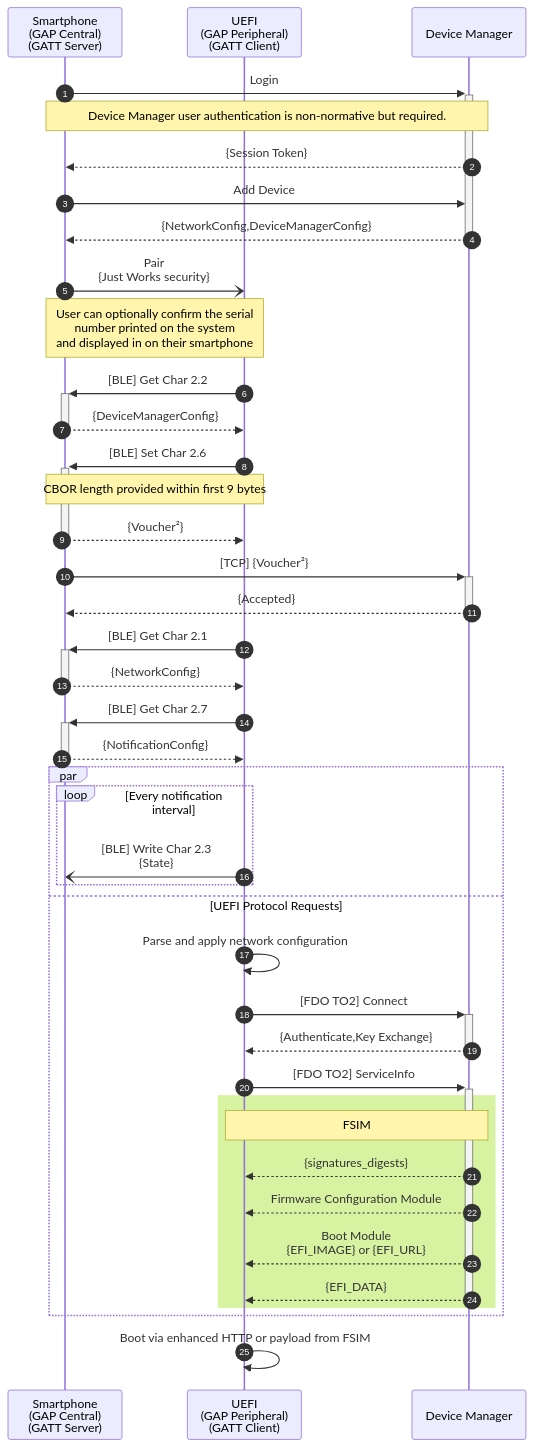
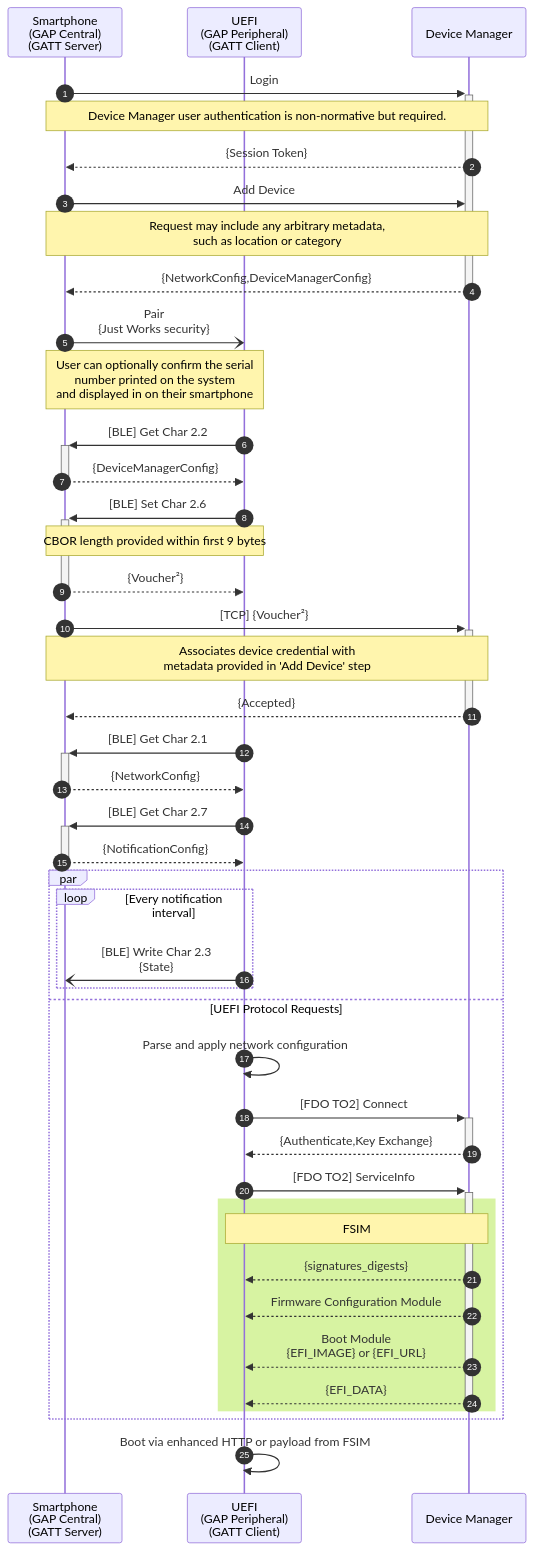
Before and after one commit to fido-device-onboard/uefi-ble-fdo: the first of 3 diagrams in SPEC.md, drawn with Mermaid. The commit also changed other lines of this file, not shown here.

Commit message:
Corrections from 13-MAY-2025 spec review

````diff
--- a/SPEC.md
+++ b/SPEC.md
@@ -44,52 +44,54 @@
 ```mermaid
 sequenceDiagram
     participant ue as Smartphone<br/>(GAP Central)<br/>(GATT Server)
     participant uefi as UEFI<br/>(GAP Peripheral)<br/>(GATT Client)
     participant dm as Device Manager
 
     autonumber
 
     ue ->>+ dm: Login
     note over ue,dm: Device Manager user authentication is non-normative but required.
     dm -->> ue: {Session Token}
     ue ->> dm: Add Device
+    note over ue,dm: Request may include any arbitrary metadata,<br/>such as location or category
     dm -->>- ue: {NetworkConfig,DeviceManagerConfig}
 
     ue -) uefi: Pair<br>{Just Works security}
     note over ue, uefi: User can optionally confirm the serial<br/>number printed on the system<br/>and displayed in on their smartphone
 
     uefi ->>+ ue: [BLE] Get Char 2.2
     ue -->>- uefi: {DeviceManagerConfig}
 
     uefi ->>+ ue: [BLE] Set Char 2.6
     note over ue,uefi: CBOR length provided within first 9 bytes
     ue -->>- uefi: {Voucher²}
 
     ue ->>+ dm: [TCP] {Voucher²}
+    note over ue, dm: Associates device credential with<br/>metadata provided in 'Add Device' step
     dm -->>- ue: {Accepted}
 
     uefi ->>+ ue: [BLE] Get Char 2.1
     ue -->>- uefi: {NetworkConfig}
 
     uefi ->>+ ue: [BLE] Get Char 2.7
     ue -->>- uefi: {NotificationConfig}
 
     par
         loop Every notification interval
         uefi -) ue: [BLE] Write Char 2.3<br/>{State}
     end
      and UEFI Protocol Requests
         uefi ->> uefi: Parse and apply network configuration
         uefi ->>+ dm: [FDO TO2] Connect
         dm -->>- uefi: {Authenticate,Key Exchange}
         uefi ->>+ dm: [FDO TO2] ServiceInfo
         rect rgb(215,243,162)
             note over dm,uefi: FSIM
             dm -->> uefi: {signatures_digests}
             dm -->> uefi: Firmware Configuration Module
             dm -->> uefi: Boot Module<br/>{EFI_IMAGE} or {EFI_URL}
             dm -->>- uefi: {EFI_DATA}
         end
     end
     uefi ->> uefi: Boot via enhanced HTTP or payload from FSIM
 ```
````
